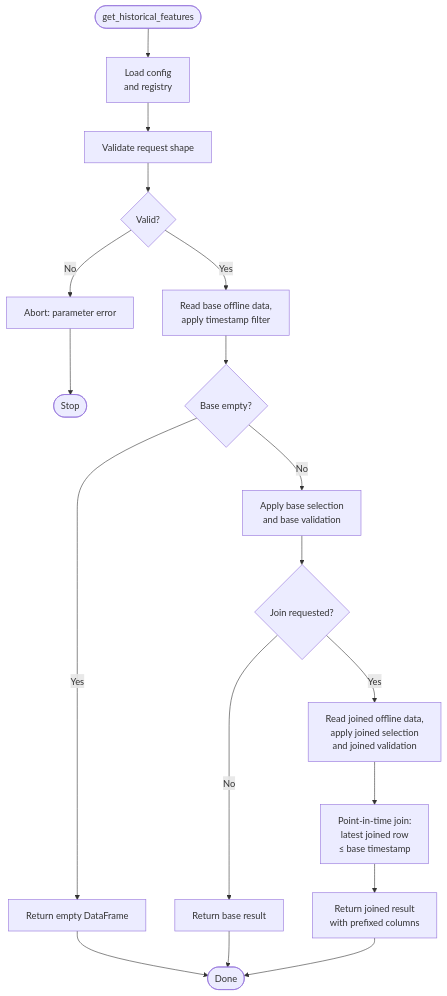
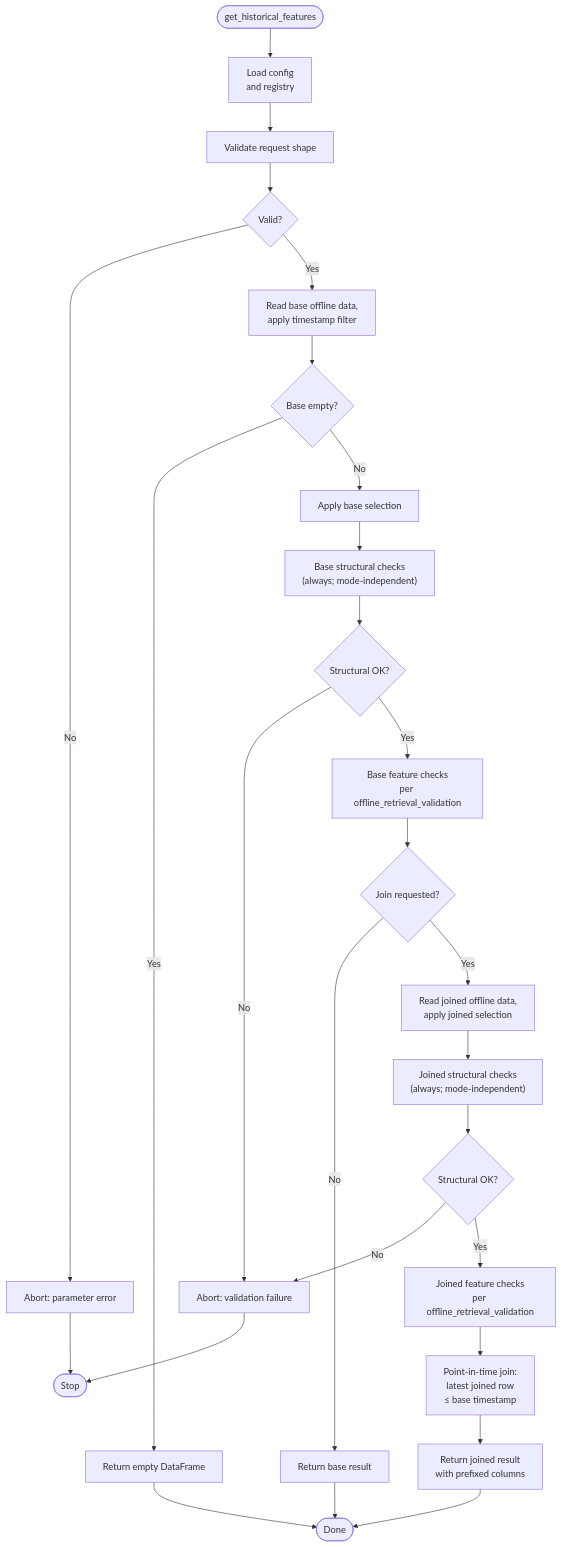
Before and after one commit to fedaipaca/kitefs: the eighth of 10 diagrams in docs/03-system-behavior.md, drawn with Mermaid. The commit also changed other lines of this file and 3 other files, not shown here.

````diff
--- a/docs/03-system-behavior.md
+++ b/docs/03-system-behavior.md
@@ -402,20 +407,29 @@
 ```mermaid
 flowchart TD
     START(["get_historical_features"]) --> LOAD["Load config<br>and registry"]
     LOAD --> VALIDATE["Validate request shape"]
     VALIDATE --> VALID{"Valid?"}
     VALID -- No --> PARAM_ERROR["Abort: parameter error"]
     PARAM_ERROR --> END_FAIL(["Stop"])
     VALID -- Yes --> READ_BASE["Read base offline data,<br>apply timestamp filter"]
     READ_BASE --> EMPTY{"Base empty?"}
     EMPTY -- Yes --> RETURN_EMPTY["Return empty DataFrame"]
     RETURN_EMPTY --> END_OK(["Done"])
-    EMPTY -- No --> BASE_SEL["Apply base selection<br>and base validation"]
-    BASE_SEL --> JOIN{"Join requested?"}
+    EMPTY -- No --> BASE_SEL["Apply base selection"]
+    BASE_SEL --> BASE_STRUCT["Base structural checks<br>(always; mode-independent)"]
+    BASE_STRUCT --> BASE_STRUCT_OK{"Structural OK?"}
+    BASE_STRUCT_OK -- No --> RETRIEVE_FAIL["Abort: validation failure"]
+    RETRIEVE_FAIL --> END_FAIL
+    BASE_STRUCT_OK -- Yes --> BASE_FEAT["Base feature checks<br>per offline_retrieval_validation"]
+    BASE_FEAT --> JOIN{"Join requested?"}
     JOIN -- No --> RETURN_BASE["Return base result"]
     RETURN_BASE --> END_OK
-    JOIN -- Yes --> READ_JOIN["Read joined offline data,<br>apply joined selection<br>and joined validation"]
-    READ_JOIN --> PIT["Point-in-time join:<br>latest joined row<br>≤ base timestamp"]
+    JOIN -- Yes --> READ_JOIN["Read joined offline data,<br>apply joined selection"]
+    READ_JOIN --> JOIN_STRUCT["Joined structural checks<br>(always; mode-independent)"]
+    JOIN_STRUCT --> JOIN_STRUCT_OK{"Structural OK?"}
+    JOIN_STRUCT_OK -- No --> RETRIEVE_FAIL
+    JOIN_STRUCT_OK -- Yes --> JOIN_FEAT["Joined feature checks<br>per offline_retrieval_validation"]
+    JOIN_FEAT --> PIT["Point-in-time join:<br>latest joined row<br>≤ base timestamp"]
     PIT --> RETURN_JOINED["Return joined result<br>with prefixed columns"]
     RETURN_JOINED --> END_OK
 ```
````
